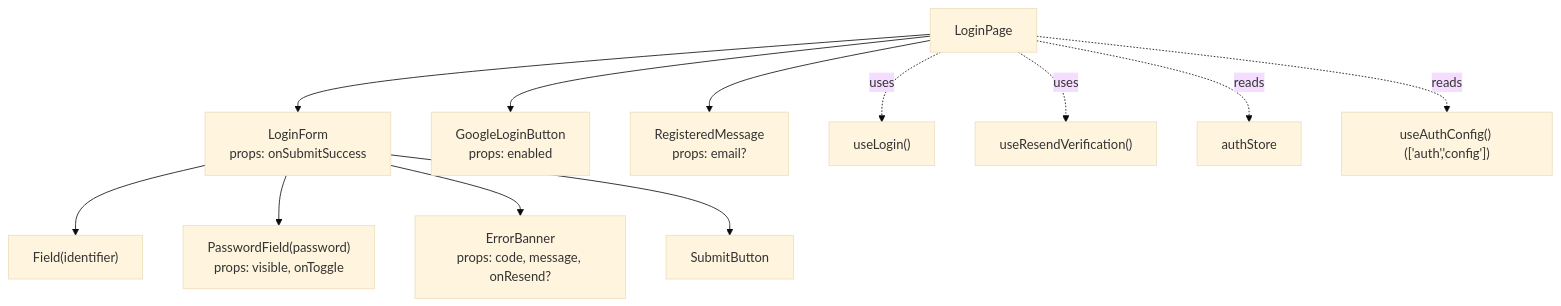
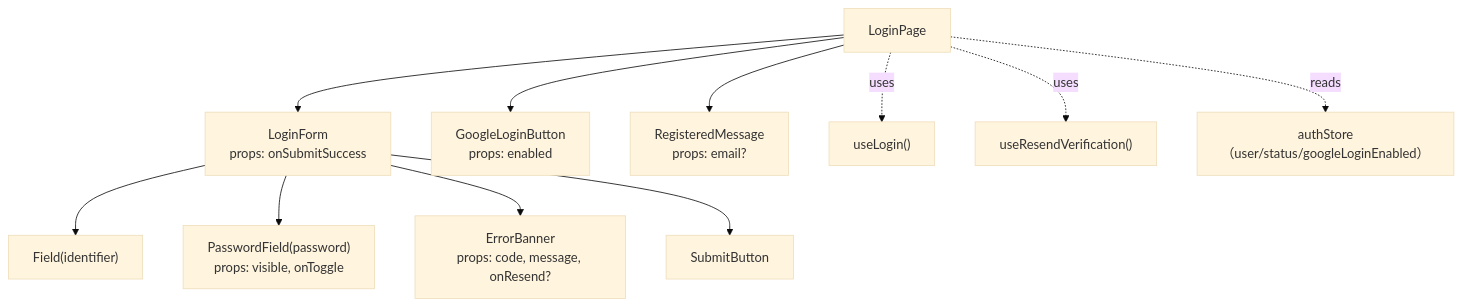
One commit to oikawa-d/task_management changed the fifth of 6 diagrams in docs/detailed_design/screen/01_login.md. Above: the diagram before and after it, drawn with Mermaid (base theme). The commit also changed other lines of this file and 4 other files, not shown here.

First line of the commit message:
docs: #315 設計書をauthStore.googleLoginEnabled前提へ更新、Register側テストIDを整合

````diff
--- a/docs/detailed_design/screen/01_login.md
+++ b/docs/detailed_design/screen/01_login.md
@@ -189,14 +189,13 @@
 ```mermaid
 flowchart TB
     LP["LoginPage"] --> LF["LoginForm<br/>props: onSubmitSuccess"]
     LP --> GB["GoogleLoginButton<br/>props: enabled"]
     LP --> RM["RegisteredMessage<br/>props: email?"]
     LF --> FLD1["Field(identifier)"]
     LF --> FLD2["PasswordField(password)<br/>props: visible, onToggle"]
     LF --> EB["ErrorBanner<br/>props: code, message, onResend?"]
     LF --> BTN["SubmitButton"]
     LP -.uses.-> HOOK1["useLogin()"]
     LP -.uses.-> HOOK2["useResendVerification()"]
-    LP -.reads.-> STORE["authStore"]
-    LP -.reads.-> QCFG["useAuthConfig() (['auth','config'])"]
+    LP -.reads.-> STORE["authStore（user/status/googleLoginEnabled）"]
 ```
````
